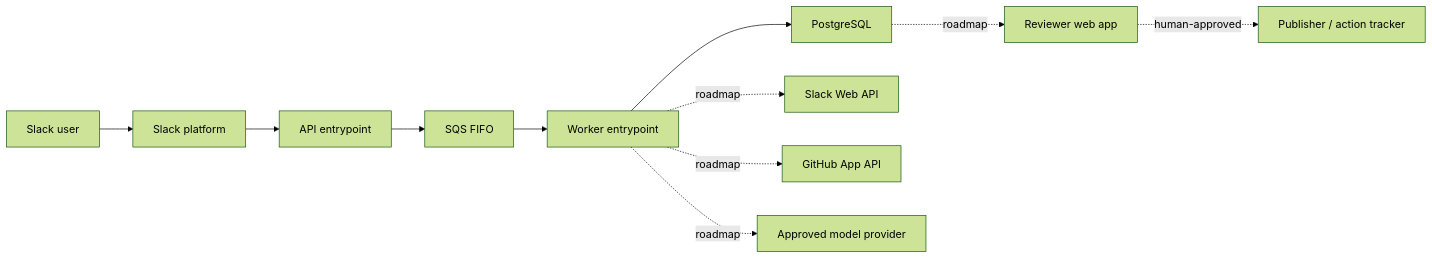
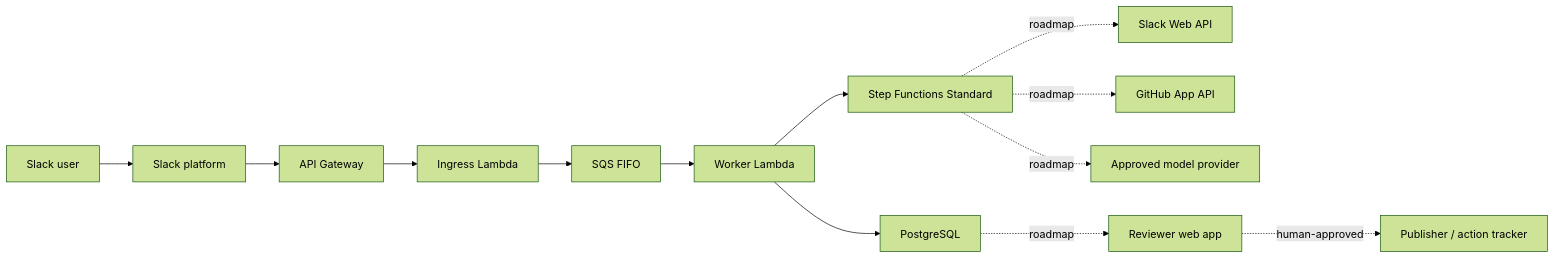
Before and after one commit to SharmaKunal14/slack-incidence-evidence: the first of 4 diagrams in docs/architecture.md, drawn with Mermaid (forest theme). The commit also changed other lines of this file and 38 other files, not shown here.

````diff
--- a/docs/architecture.md
+++ b/docs/architecture.md
@@ -117,14 +134,16 @@
 ```mermaid
 flowchart LR
     U["Slack user"] --> SL["Slack platform"]
-    SL --> API["API entrypoint"]
+    SL --> GW["API Gateway"]
+    GW --> API["Ingress Lambda"]
     API --> Q["SQS FIFO"]
-    Q --> W["Worker entrypoint"]
+    Q --> W["Worker Lambda"]
     W --> PG["PostgreSQL"]
+    W --> SFN["Step Functions Standard"]
 
-    W -. "roadmap" .-> SA["Slack Web API"]
-    W -. "roadmap" .-> GH["GitHub App API"]
-    W -. "roadmap" .-> AI["Approved model provider"]
+    SFN -. "roadmap" .-> SA["Slack Web API"]
+    SFN -. "roadmap" .-> GH["GitHub App API"]
+    SFN -. "roadmap" .-> AI["Approved model provider"]
     PG -. "roadmap" .-> UI["Reviewer web app"]
     UI -. "human-approved" .-> PUB["Publisher / action tracker"]
 ```
````
